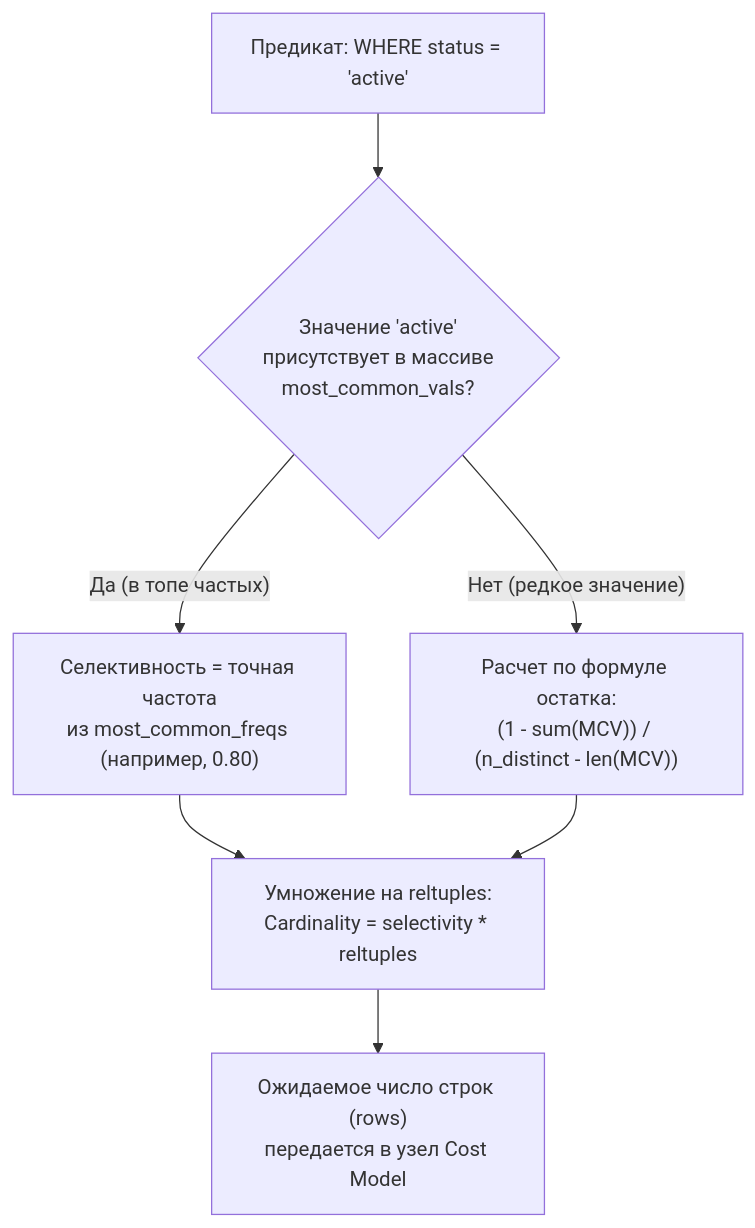
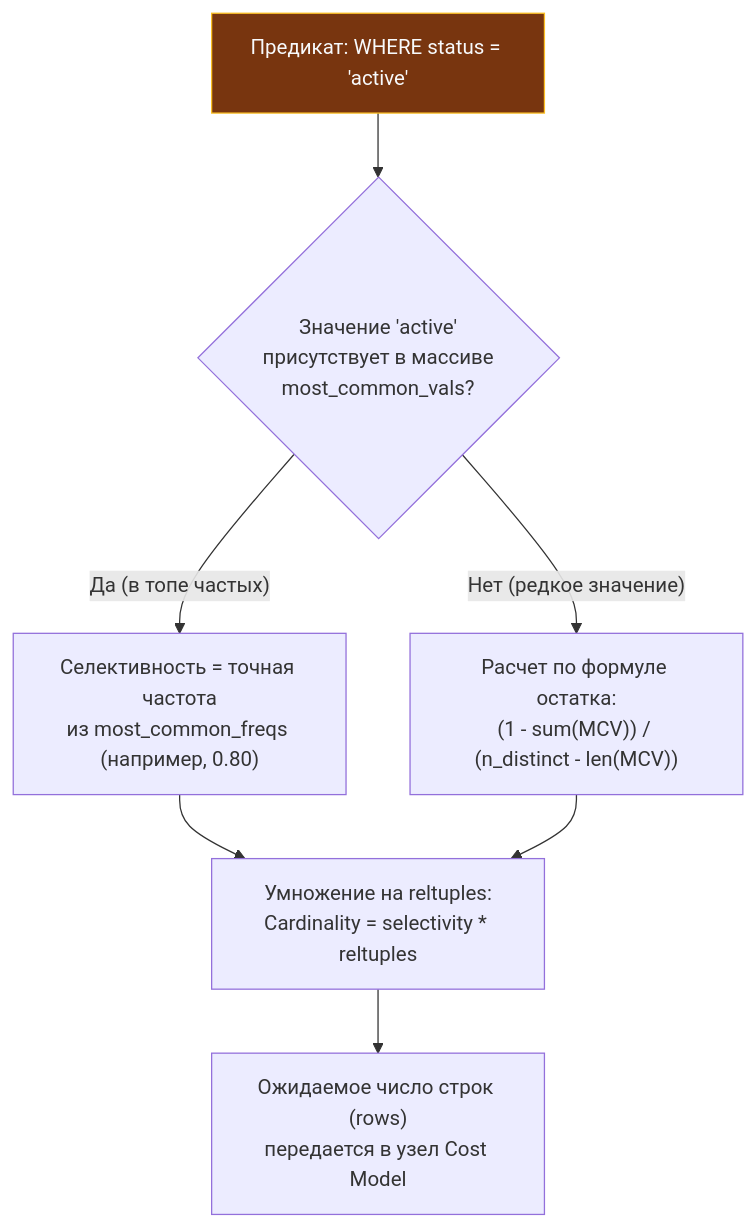
The diagram in sources/12. Базы данных/04. Индексы и производительность/12. Cardinality и статистика.md (UnrealTemplier/go-textbook), drawn with Mermaid before and after one commit. The commit also changed 1666 other files, not shown here.

First line of the commit message:
feat(mermaid): add semantic color classDef to 1369 colorless flowchart/graph diagrams

````diff
--- a/sources/12. Базы данных/04. Индексы и производительность/12. Cardinality и статистика.md
+++ b/sources/12. Базы данных/04. Индексы и производительность/12. Cardinality и статистика.md
@@ -113,11 +113,21 @@
 ```mermaid
 flowchart TD
-    Predicate["Предикат: WHERE status = 'active'"] --> CheckMCV{"Значение 'active'<br>присутствует в массиве<br>most_common_vals?"}
+    classDef process  fill:#1e293b,stroke:#38bdf8,stroke-width:1px,color:#f8fafc
+    classDef success  fill:#064e3b,stroke:#34d399,stroke-width:1px,color:#f8fafc
+    classDef error    fill:#7f1d1d,stroke:#f87171,stroke-width:1px,color:#f8fafc
+    classDef warning  fill:#78350f,stroke:#fbbf24,stroke-width:1px,color:#f8fafc
+    classDef entry    fill:#1e3a5f,stroke:#38bdf8,stroke-width:2px,color:#f8fafc
+    classDef aux      fill:#334155,stroke:#64748b,stroke-width:1px,color:#f8fafc
+    classDef system   fill:#312e81,stroke:#a78bfa,stroke-width:1px,color:#f8fafc
+    classDef data     fill:#132d29,stroke:#2dd4bf,stroke-width:1px,color:#f8fafc
+    classDef network  fill:#881337,stroke:#fb7185,stroke-width:1px,color:#f8fafc
+    classDef accent   fill:#1e1b4b,stroke:#818cf8,stroke-width:1px,color:#f8fafc
+    Predicate["Предикат: WHERE status = 'active'"]:::warning --> CheckMCV{"Значение 'active'<br>присутствует в массиве<br>most_common_vals?"}
     
     CheckMCV -->|"Да (в топе частых)"| UseMCV["Селективность = точная частота<br>из most_common_freqs (например, 0.80)"]
     CheckMCV -->|"Нет (редкое значение)"| CalcRest["Расчет по формуле остатка:<br>(1 - sum(MCV)) / (n_distinct - len(MCV))"]
     
     UseMCV --> CalcCard["Умножение на reltuples:<br>Cardinality = selectivity * reltuples"]
     CalcRest --> CalcCard
     CalcCard --> OutputRows["Ожидаемое число строк (rows)<br>передается в узел Cost Model"]
 ```
````
